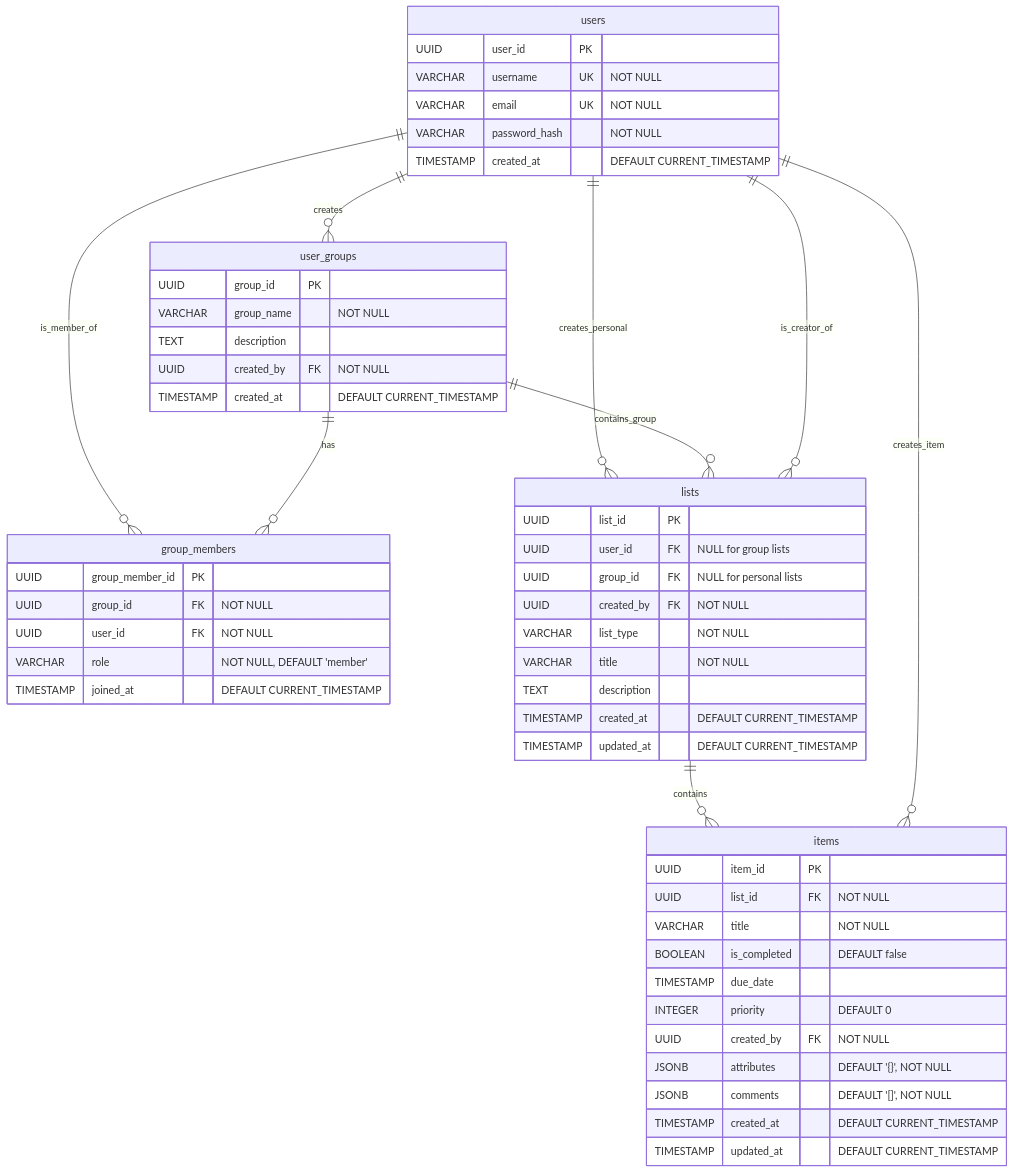
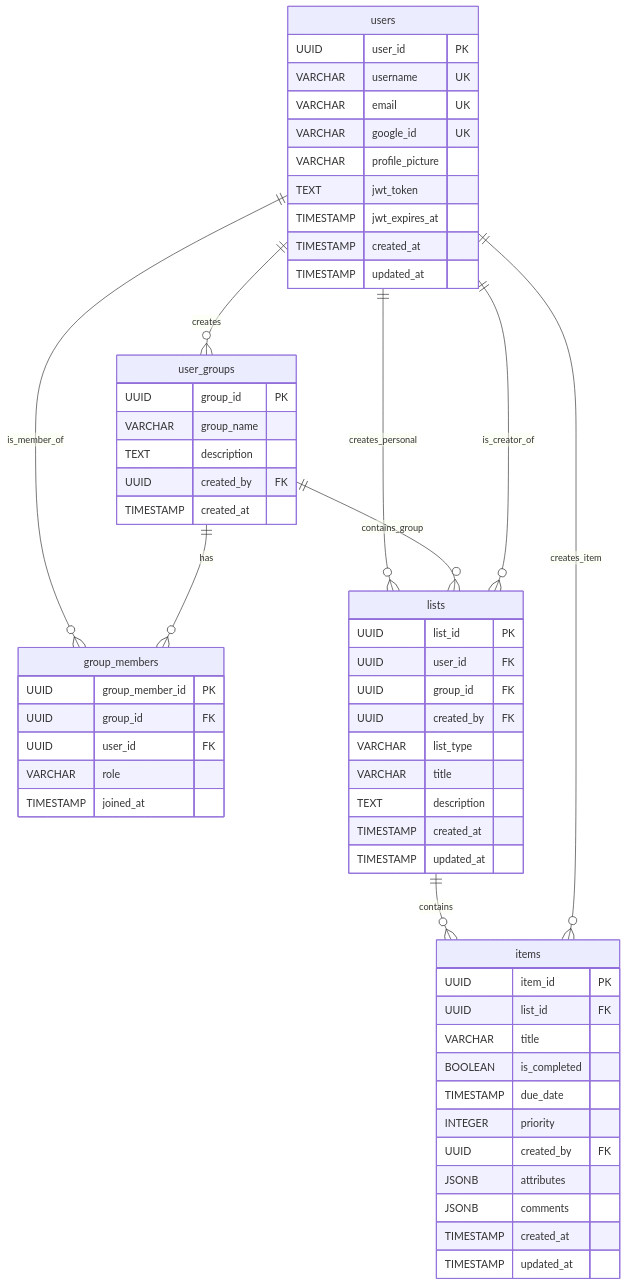
Before and after one commit to ayush-srivasta/ToDo: the diagram in docs/technical/database.md, drawn with Mermaid.

Commit message:
Added the DB Design

````diff
--- a/docs/technical/database.md
+++ b/docs/technical/database.md
@@ -2,62 +2,66 @@
 ```mermaid
 erDiagram
     users {
         UUID user_id PK
-        VARCHAR username UK "NOT NULL"
-        VARCHAR email UK "NOT NULL"
-        VARCHAR password_hash "NOT NULL"
-        TIMESTAMP created_at "DEFAULT CURRENT_TIMESTAMP"
+        VARCHAR username UK
+        VARCHAR email UK
+        VARCHAR google_id UK
+        VARCHAR profile_picture
+        TEXT jwt_token
+        TIMESTAMP jwt_expires_at
+        TIMESTAMP created_at
+        TIMESTAMP updated_at
     }
 
     user_groups {
         UUID group_id PK
-        VARCHAR group_name "NOT NULL"
+        VARCHAR group_name
         TEXT description
-        UUID created_by FK "NOT NULL"
-        TIMESTAMP created_at "DEFAULT CURRENT_TIMESTAMP"
+        UUID created_by FK
+        TIMESTAMP created_at
     }
 
     group_members {
         UUID group_member_id PK
-        UUID group_id FK "NOT NULL"
-        UUID user_id FK "NOT NULL"
-        VARCHAR role "NOT NULL, DEFAULT 'member'"
-        TIMESTAMP joined_at "DEFAULT CURRENT_TIMESTAMP"
+        UUID group_id FK
+        UUID user_id FK
+        VARCHAR role
+        TIMESTAMP joined_at
     }
 
     lists {
         UUID list_id PK
-        UUID user_id FK "NULL for group lists"
-        UUID group_id FK "NULL for personal lists"
-        UUID created_by FK "NOT NULL"
-        VARCHAR list_type "NOT NULL"
-        VARCHAR title "NOT NULL"
+        UUID user_id FK
+        UUID group_id FK
+        UUID created_by FK
+        VARCHAR list_type
+        VARCHAR title
         TEXT description
-        TIMESTAMP created_at "DEFAULT CURRENT_TIMESTAMP"
-        TIMESTAMP updated_at "DEFAULT CURRENT_TIMESTAMP"
+        TIMESTAMP created_at
+        TIMESTAMP updated_at
     }
 
     items {
         UUID item_id PK
-        UUID list_id FK "NOT NULL"
-        VARCHAR title "NOT NULL"
-        BOOLEAN is_completed "DEFAULT false"
+        UUID list_id FK
+        VARCHAR title
+        BOOLEAN is_completed
         TIMESTAMP due_date
-        INTEGER priority "DEFAULT 0"
-        UUID created_by FK "NOT NULL"
-        JSONB attributes "DEFAULT '{}', NOT NULL"
-        JSONB comments "DEFAULT '[]', NOT NULL"
-        TIMESTAMP created_at "DEFAULT CURRENT_TIMESTAMP"
-        TIMESTAMP updated_at "DEFAULT CURRENT_TIMESTAMP"
+        INTEGER priority
+        UUID created_by FK
+        JSONB attributes
+        JSONB comments
+        TIMESTAMP created_at
+        TIMESTAMP updated_at
     }
 
-    %% Relationships
+%% Relationships
     users ||--o{ user_groups : creates
     users ||--o{ group_members : "is_member_of"
     user_groups ||--o{ group_members : has
     users ||--o{ lists : "creates_personal"
     user_groups ||--o{ lists : "contains_group"
     users ||--o{ lists : "is_creator_of"
     lists ||--o{ items : contains
     users ||--o{ items : "creates_item"
 ```
````
